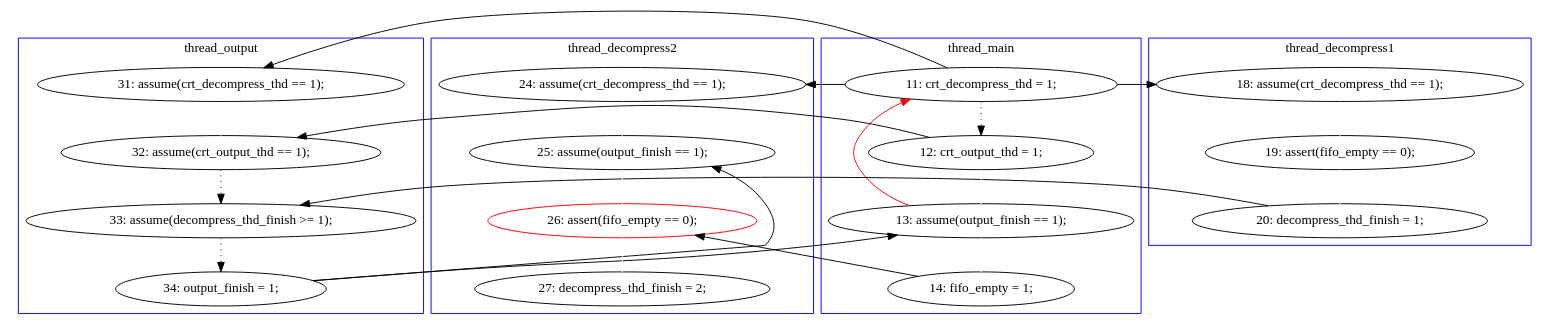
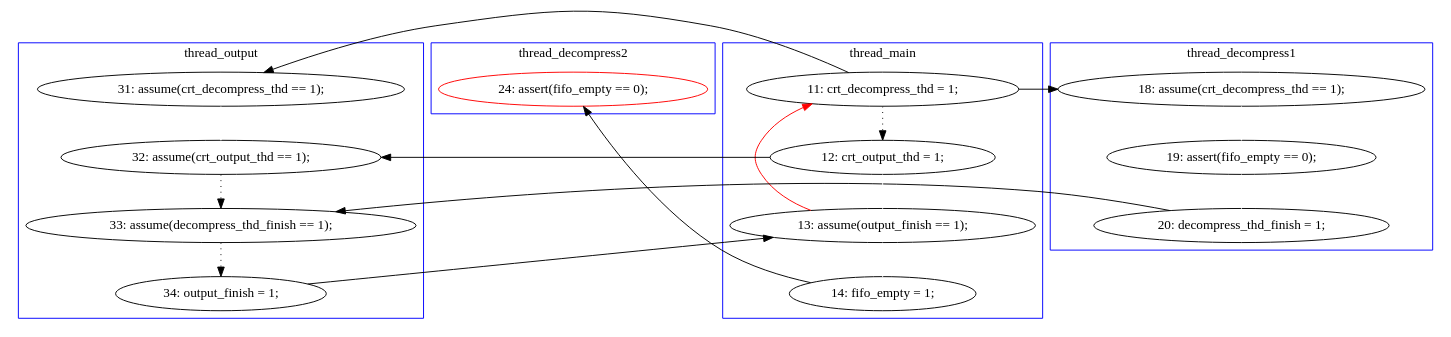
One commit to hylhp/cav14-model changed the diagram in pbzip2.mixed/B-1-graph-sol-4.dot. Above: the diagram before and after it, drawn with Graphviz. The commit also changed 22 other files, not shown here.

```diff
--- a/pbzip2.mixed/B-1-graph-sol-4.dot
+++ b/pbzip2.mixed/B-1-graph-sol-4.dot
@@ -1,53 +1,45 @@
 digraph Counterexample {
-	21 -> 27 [color = black, style = solid, constraint = false]
-	7 -> 14 [color = black, style = solid, constraint = false]
-	31 -> 34 [color = white, style = solid]
+	12 -> 14 [color = white, style = solid]
+	20 -> 23 [color = black, style = solid, constraint = false]
+	25 -> 32 [color = black, style = solid, constraint = false]
+	16 -> 17 [color = white, style = solid]
+	9 -> 10 [color = black, style = dotted]
 	19 -> 20 [color = black, style = dotted]
-	15 -> 18 [color = white, style = solid]
-	22 -> 31 [color = white, style = solid]
-	17 -> 22 [color = white, style = solid]
-	12 -> 15 [color = white, style = solid]
-	18 -> 20 [color = black, style = solid, constraint = false]
-	7 -> 16 [color = black, style = dotted]
-	30 -> 31 [color = black, style = solid, constraint = false]
-	27 -> 30 [color = white, style = solid]
-	16 -> 19 [color = black, style = solid, constraint = false]
-	14 -> 19 [color = white, style = solid]
-	20 -> 21 [color = black, style = dotted]
-	16 -> 27 [color = white, style = solid]
-	7 -> 17 [color = black, style = solid, constraint = false]
-	21 -> 22 [color = black, style = solid, constraint = false]
-	27 -> 7 [color = red, style = solid, constraint = false]
-	7 -> 12 [color = black, style = solid, constraint = false]
+	23 -> 9 [color = red, style = solid, constraint = false]
+	15 -> 16 [color = white, style = solid]
+	23 -> 25 [color = white, style = solid]
+	17 -> 19 [color = black, style = solid, constraint = false]
+	10 -> 23 [color = white, style = solid]
+	9 -> 12 [color = black, style = solid, constraint = false]
+	10 -> 14 [color = black, style = solid, constraint = false]
+	14 -> 19 [color = black, style = dotted]
+	9 -> 15 [color = black, style = solid, constraint = false]
+	subgraph cluster3 {
+		label = thread_decompress2
+		color = blue
+		32  [label = "24: assert(fifo_empty == 0);", color = red]
+	}
 	subgraph cluster1 {
 		label = thread_main
 		color = blue
-		27  [label = "13: assume(output_finish == 1);"]
-		30  [label = "14: fifo_empty = 1;"]
-		7  [label = "11: crt_decompress_thd = 1;"]
-		16  [label = "12: crt_output_thd = 1;"]
-	}
-	subgraph cluster3 {
-		label = thread_decompress2
-		color = blue
-		34  [label = "27: decompress_thd_finish = 2;"]
-		17  [label = "24: assume(crt_decompress_thd == 1);"]
-		31  [label = "26: assert(fifo_empty == 0);", color = red]
-		22  [label = "25: assume(output_finish == 1);"]
+		23  [label = "13: assume(output_finish == 1);"]
+		9  [label = "11: crt_decompress_thd = 1;"]
+		10  [label = "12: crt_output_thd = 1;"]
+		25  [label = "14: fifo_empty = 1;"]
 	}
 	subgraph cluster2 {
 		label = thread_decompress1
 		color = blue
-		18  [label = "20: decompress_thd_finish = 1;"]
-		12  [label = "18: assume(crt_decompress_thd == 1);"]
-		15  [label = "19: assert(fifo_empty == 0);"]
+		15  [label = "18: assume(crt_decompress_thd == 1);"]
+		16  [label = "19: assert(fifo_empty == 0);"]
+		17  [label = "20: decompress_thd_finish = 1;"]
 	}
 	subgraph cluster4 {
 		label = thread_output
 		color = blue
-		19  [label = "32: assume(crt_output_thd == 1);"]
-		14  [label = "31: assume(crt_decompress_thd == 1);"]
-		20  [label = "33: assume(decompress_thd_finish >= 1);"]
-		21  [label = "34: output_finish = 1;"]
+		14  [label = "32: assume(crt_output_thd == 1);"]
+		19  [label = "33: assume(decompress_thd_finish == 1);"]
+		20  [label = "34: output_finish = 1;"]
+		12  [label = "31: assume(crt_decompress_thd == 1);"]
 	}
 }
```
